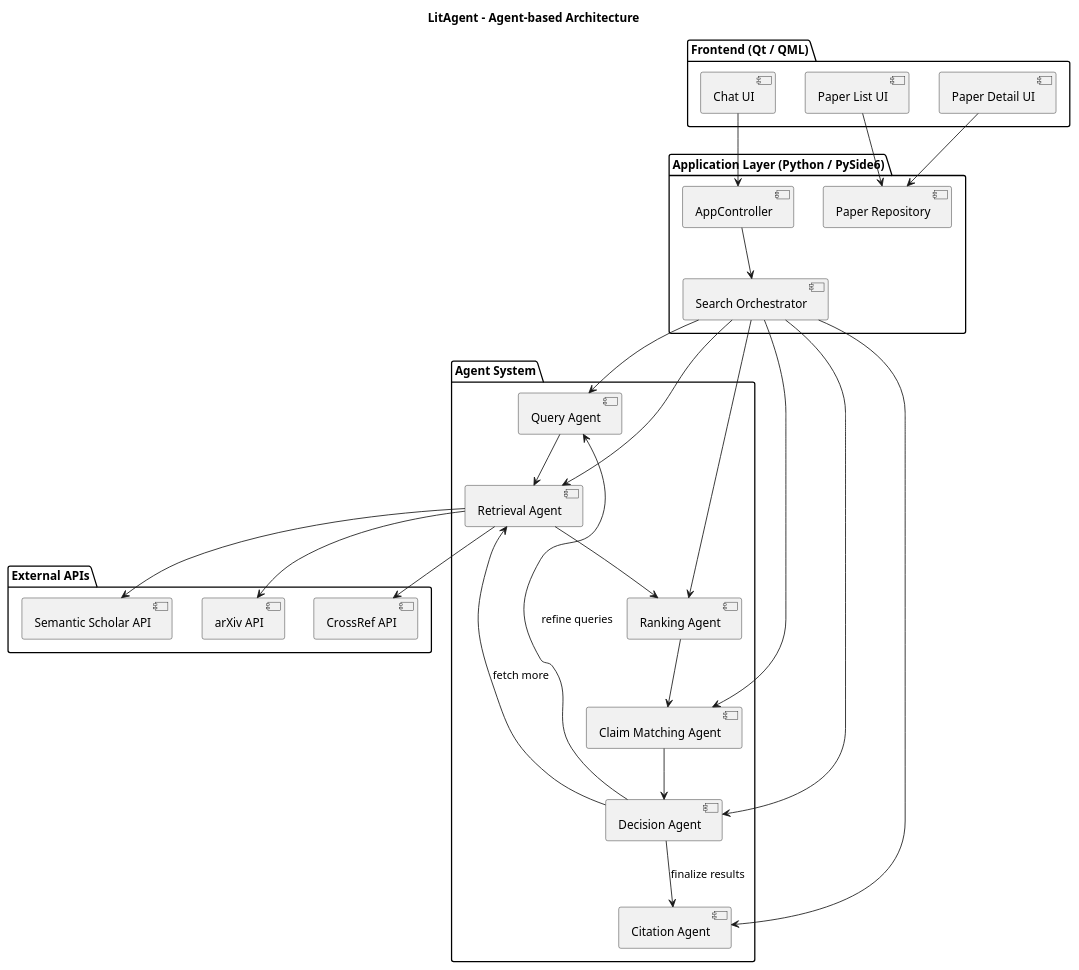
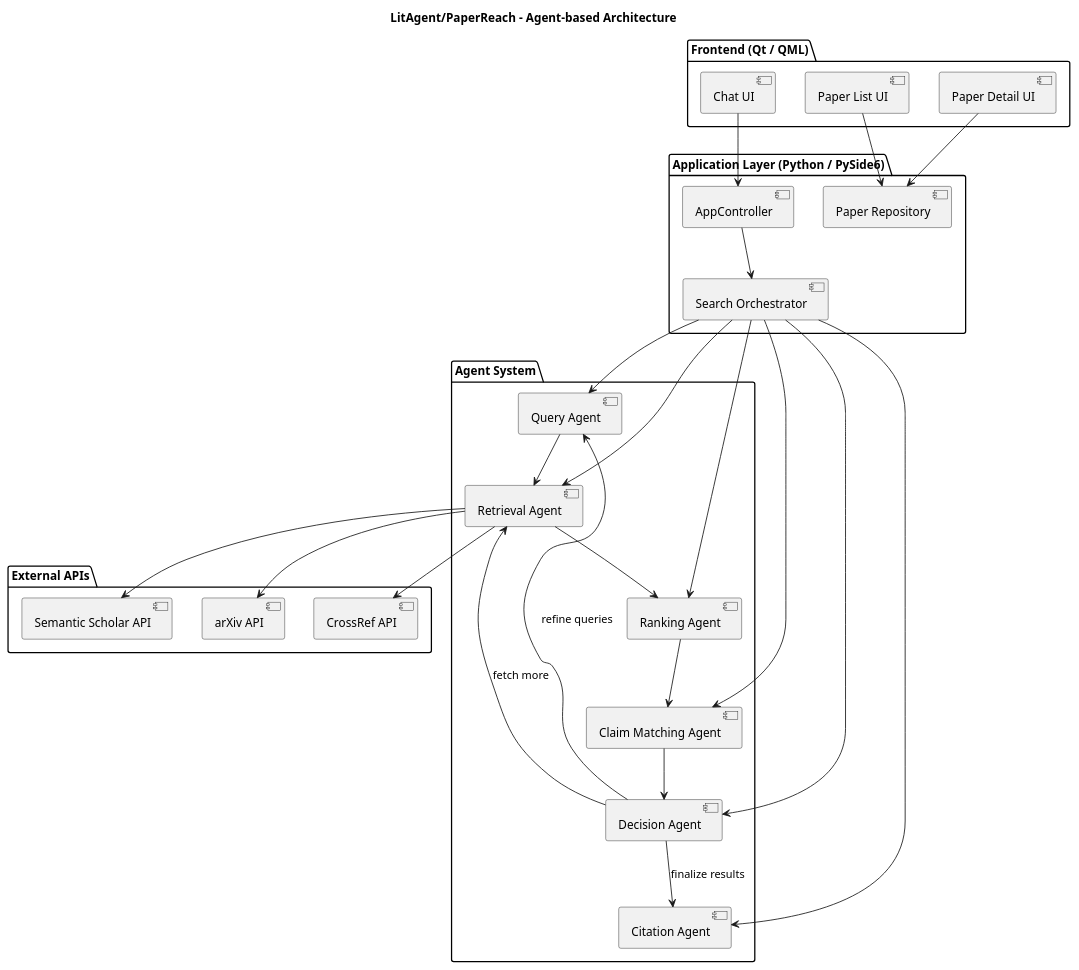
The diagram in pr-docs/structure_and_planning/Component_diagram.plantuml (BenWeckend/PaperReach), drawn with PlantUML before and after one commit. The commit also changed 2 other files, not shown here.

```diff
--- a/pr-docs/structure_and_planning/Component_diagram.plantuml
+++ b/pr-docs/structure_and_planning/Component_diagram.plantuml
@@ -1,63 +1,63 @@
 @startuml
-title LitAgent - Agent-based Architecture
+title LitAgent/PaperReach - Agent-based Architecture
 
 package "Frontend (Qt / QML)" {
   [Chat UI]
   [Paper List UI]
   [Paper Detail UI]
 }
 
 package "Application Layer (Python / PySide6)" {
   [AppController]
   [Search Orchestrator]
   [Paper Repository]
 }
 
 package "Agent System" {
   [Query Agent]
   [Retrieval Agent]
   [Ranking Agent]
   [Claim Matching Agent]
   [Decision Agent]
   [Citation Agent]
 }
 
 package "External APIs" {
   [Semantic Scholar API]
   [arXiv API]
   [CrossRef API]
 }
 
 ' UI interactions
 [Chat UI] --> [AppController]
 [Paper List UI] --> [Paper Repository]
 [Paper Detail UI] --> [Paper Repository]
 
 ' Controller
 [AppController] --> [Search Orchestrator]
 
 ' Orchestration
 [Search Orchestrator] --> [Query Agent]
 [Search Orchestrator] --> [Retrieval Agent]
 [Search Orchestrator] --> [Ranking Agent]
 [Search Orchestrator] --> [Claim Matching Agent]
 [Search Orchestrator] --> [Decision Agent]
 [Search Orchestrator] --> [Citation Agent]
 
 ' Agent interactions
 [Query Agent] --> [Retrieval Agent]
 [Retrieval Agent] --> [Ranking Agent]
 [Ranking Agent] --> [Claim Matching Agent]
 
 ' Decision flow
 [Claim Matching Agent] --> [Decision Agent]
 [Decision Agent] --> [Query Agent] : refine queries
 [Decision Agent] --> [Retrieval Agent] : fetch more
 [Decision Agent] --> [Citation Agent] : finalize results
 
 ' APIs
 [Retrieval Agent] --> [Semantic Scholar API]
 [Retrieval Agent] --> [arXiv API]
 [Retrieval Agent] --> [CrossRef API]
 
 @enduml
```
